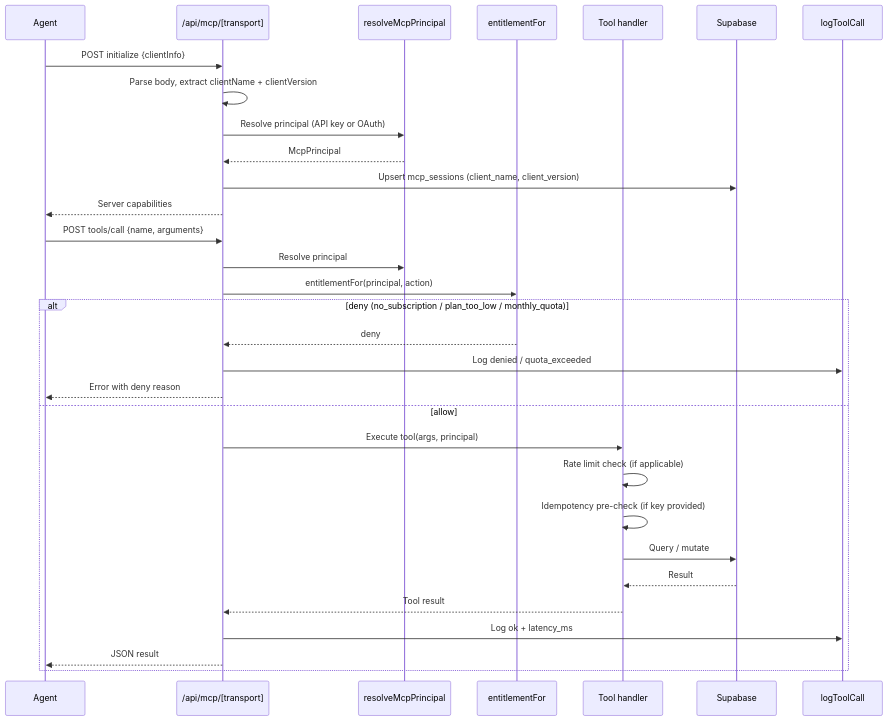
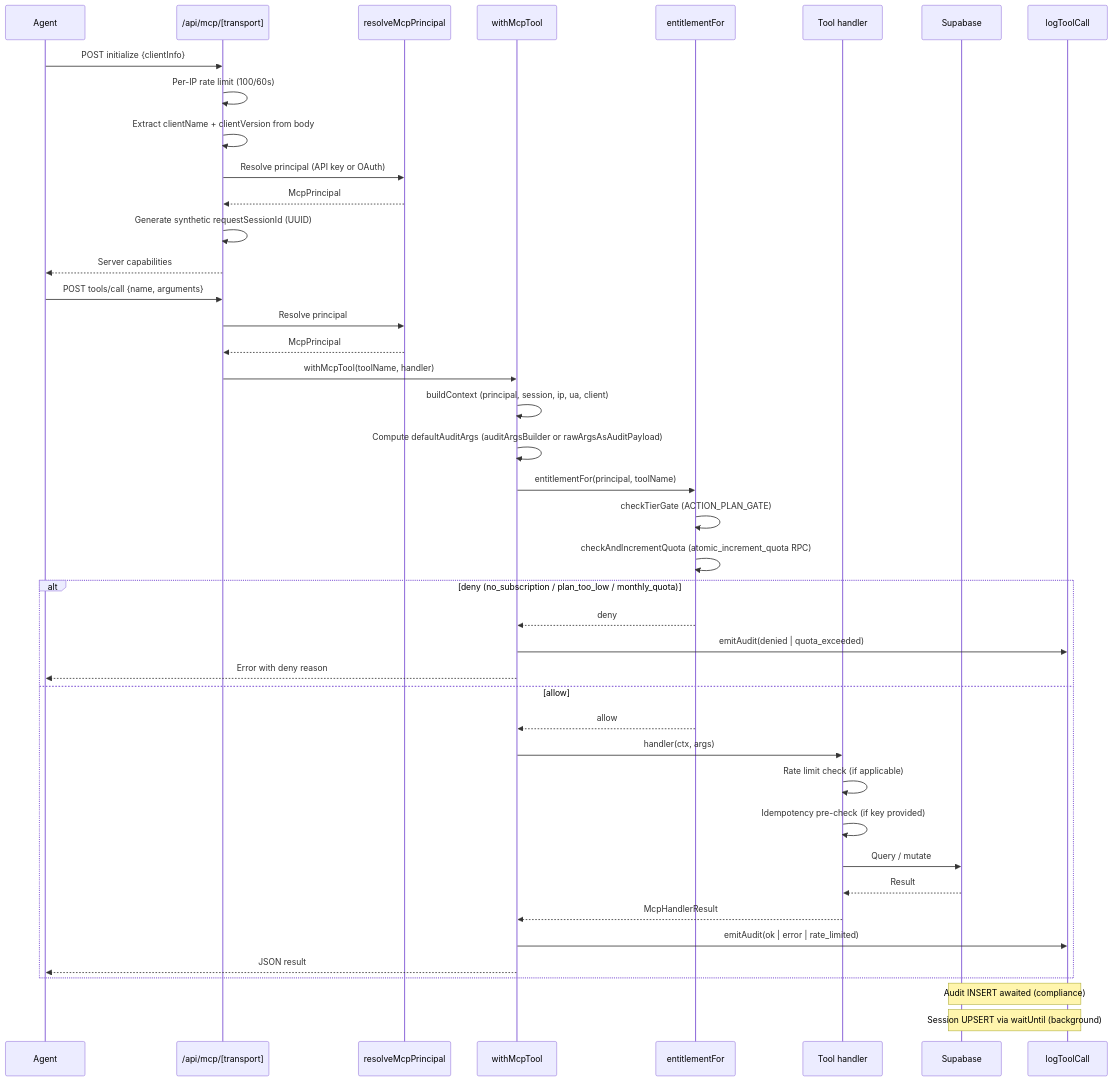
The second of 2 diagrams in docs/MCP.md (Andy00L/sharetopus), drawn with Mermaid before and after one commit. The commit also changed other lines of this file and 23 other files, not shown here.

````diff
--- a/docs/MCP.md
+++ b/docs/MCP.md
@@ -524,35 +695,48 @@
 ```mermaid
 sequenceDiagram
     participant A as Agent
     participant R as /api/mcp/[transport]
     participant Auth as resolveMcpPrincipal
+    participant HOF as withMcpTool
     participant Ent as entitlementFor
     participant Tool as Tool handler
     participant DB as Supabase
     participant Audit as logToolCall
 
     A->>R: POST initialize {clientInfo}
-    R->>R: Parse body, extract clientName + clientVersion
+    R->>R: Per-IP rate limit (100/60s)
+    R->>R: Extract clientName + clientVersion from body
     R->>Auth: Resolve principal (API key or OAuth)
     Auth-->>R: McpPrincipal
-    R->>DB: Upsert mcp_sessions (client_name, client_version)
+    R->>R: Generate synthetic requestSessionId (UUID)
     R-->>A: Server capabilities
 
     A->>R: POST tools/call {name, arguments}
     R->>Auth: Resolve principal
-    R->>Ent: entitlementFor(principal, action)
+    Auth-->>R: McpPrincipal
+    R->>HOF: withMcpTool(toolName, handler)
+    HOF->>HOF: buildContext (principal, session, ip, ua, client)
+    HOF->>HOF: Compute defaultAuditArgs (auditArgsBuilder or rawArgsAsAuditPayload)
+    HOF->>Ent: entitlementFor(principal, toolName)
+    Ent->>Ent: checkTierGate (ACTION_PLAN_GATE)
+    Ent->>Ent: checkAndIncrementQuota (atomic_increment_quota RPC)
+
     alt deny (no_subscription / plan_too_low / monthly_quota)
-        Ent-->>R: deny
-        R->>Audit: Log denied / quota_exceeded
-        R-->>A: Error with deny reason
+        Ent-->>HOF: deny
+        HOF->>Audit: emitAudit(denied | quota_exceeded)
+        HOF-->>A: Error with deny reason
     else allow
-        R->>Tool: Execute tool(args, principal)
+        Ent-->>HOF: allow
+        HOF->>Tool: handler(ctx, args)
         Tool->>Tool: Rate limit check (if applicable)
         Tool->>Tool: Idempotency pre-check (if key provided)
         Tool->>DB: Query / mutate
         DB-->>Tool: Result
-        Tool-->>R: Tool result
-        R->>Audit: Log ok + latency_ms
-        R-->>A: JSON result
+        Tool-->>HOF: McpHandlerResult
+        HOF->>Audit: emitAudit(ok | error | rate_limited)
+        HOF-->>A: JSON result
     end
+
+    Note over Audit,DB: Audit INSERT awaited (compliance)
+    Note over Audit,DB: Session UPSERT via waitUntil (background)
 ```
````
